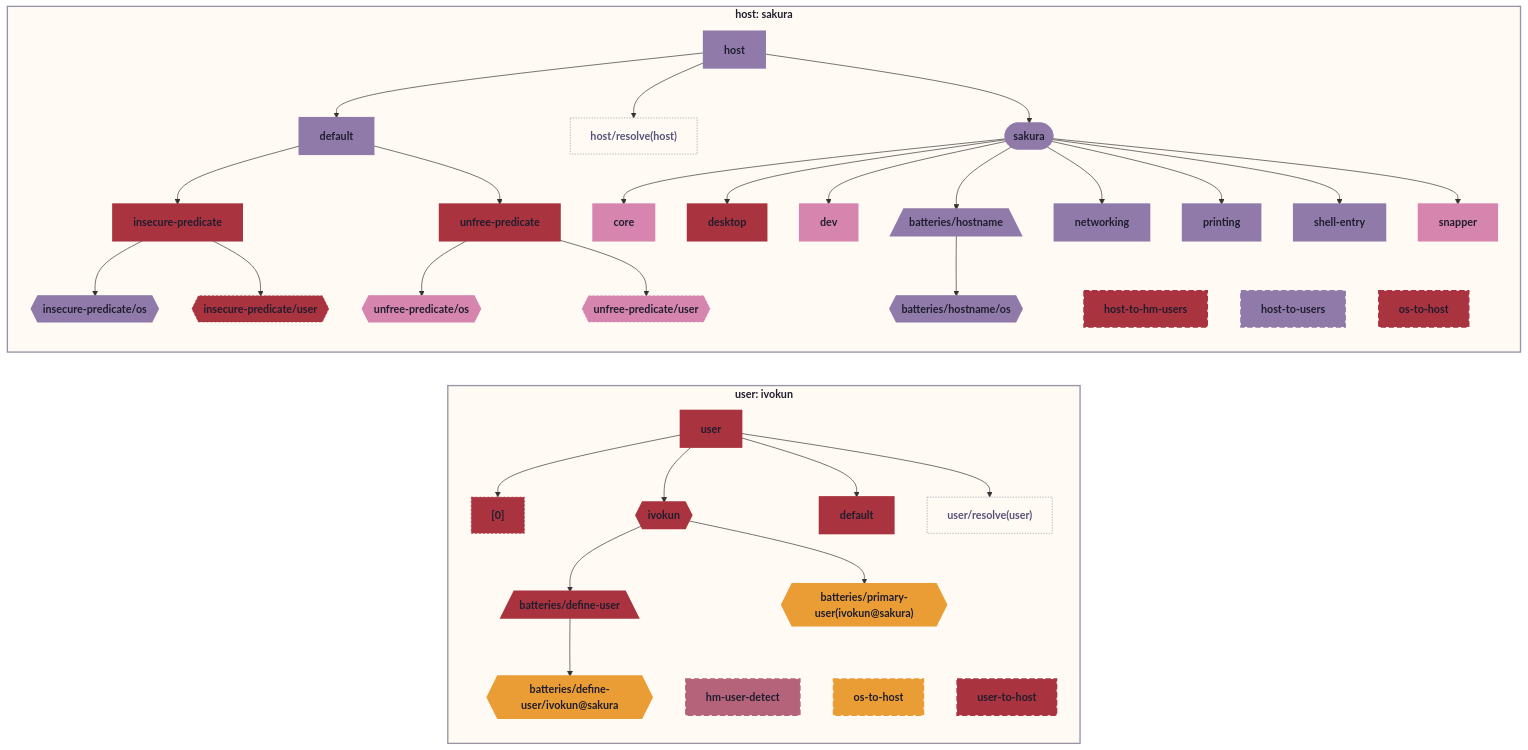
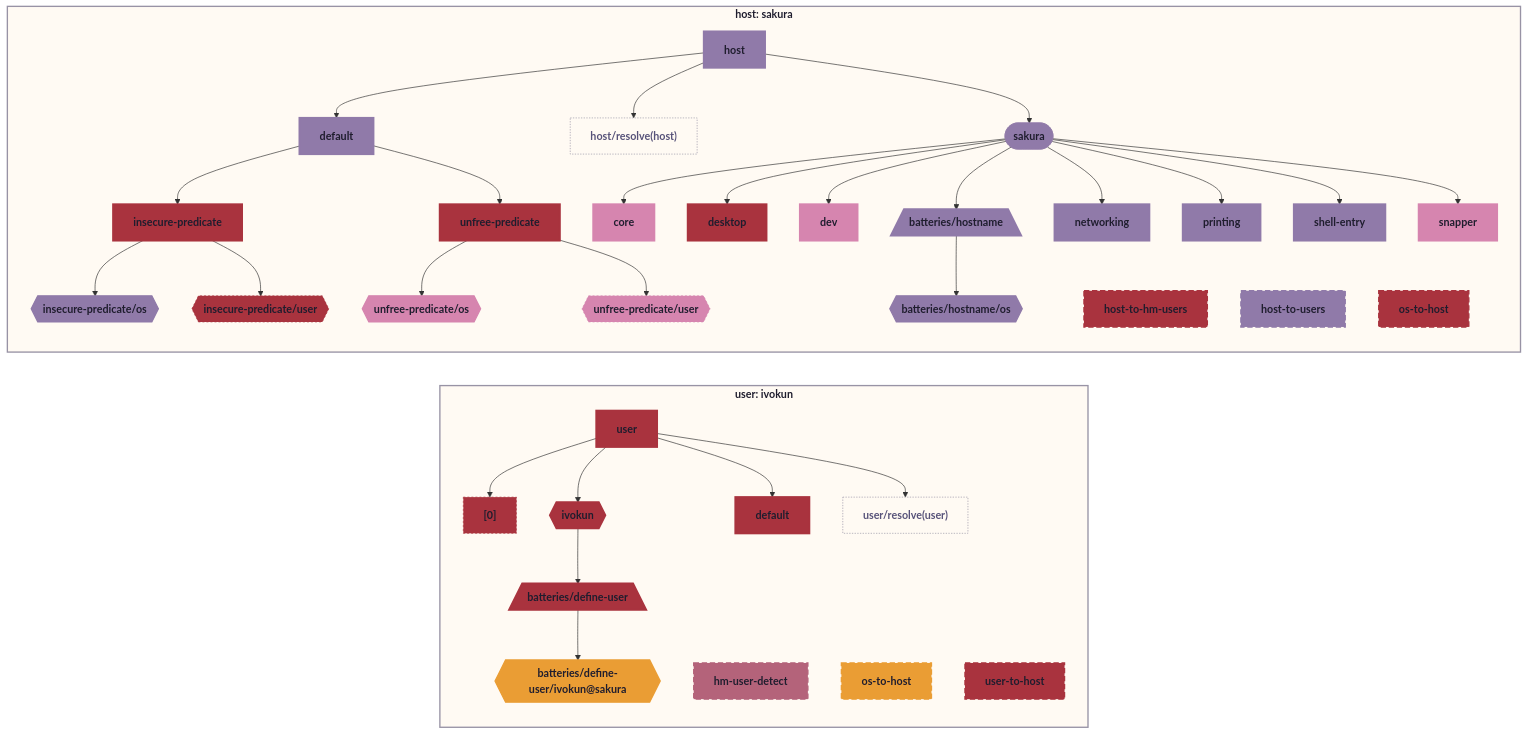
Before and after one commit to ivokun/kebun: the second of 4 diagrams in README.md, drawn with Mermaid. The commit also changed other lines of this file and 4 other files, not shown here.

```diff
--- a/README.md
+++ b/README.md
@@ -116,13 +120,11 @@
   hm_user_detect["hm-user-detect"]:::hm_user_detect_c
   ivokun{{"ivokun"}}:::ivokun_c
   os_to_host_user_ivokun["os-to-host"]:::os_to_host_user_ivokun_c
-  den__batteries__primary_user_ivokun_sakura_{{"batteries/primary-user(ivokun@sakura)"}}:::den__batteries__primary_user_ivokun_sakura__c
   user["user"]:::user_c
   user_to_host["user-to-host"]:::user_to_host_c
   user__resolve_user_["user/resolve(user)"]:::user__resolve_user__c
   den__batteries__define_user --> den__batteries__define_user__ivokun_sakura
   ivokun --> den__batteries__define_user
-  ivokun --> den__batteries__primary_user_ivokun_sakura_
   user --> _policy_hm_user_detect__0_
   user --> default_user_ivokun
   user --> ivokun
@@ -194,7 +196,6 @@
   classDef networking_c fill:#907aa9,stroke:#907aa9,color:#1f1d2e,stroke-width:3px
   classDef os_to_host_host_sakura_c fill:#a9333e,stroke:#a9333e,color:#1f1d2e,stroke-width:2px,stroke-dasharray: 8 4
   classDef os_to_host_user_ivokun_c fill:#ea9d34,stroke:#ea9d34,color:#1f1d2e,stroke-width:2px,stroke-dasharray: 8 4
-  classDef den__batteries__primary_user_ivokun_sakura__c fill:#ea9d34,stroke:#ea9d34,color:#1f1d2e,stroke-width:2px
   classDef printing_c fill:#907aa9,stroke:#907aa9,color:#1f1d2e,stroke-width:3px
   classDef sakura_c fill:#907aa9,stroke:#907aa9,color:#1f1d2e,stroke-width:3px
   classDef shell_entry_c fill:#907aa9,stroke:#907aa9,color:#1f1d2e,stroke-width:3px
```
